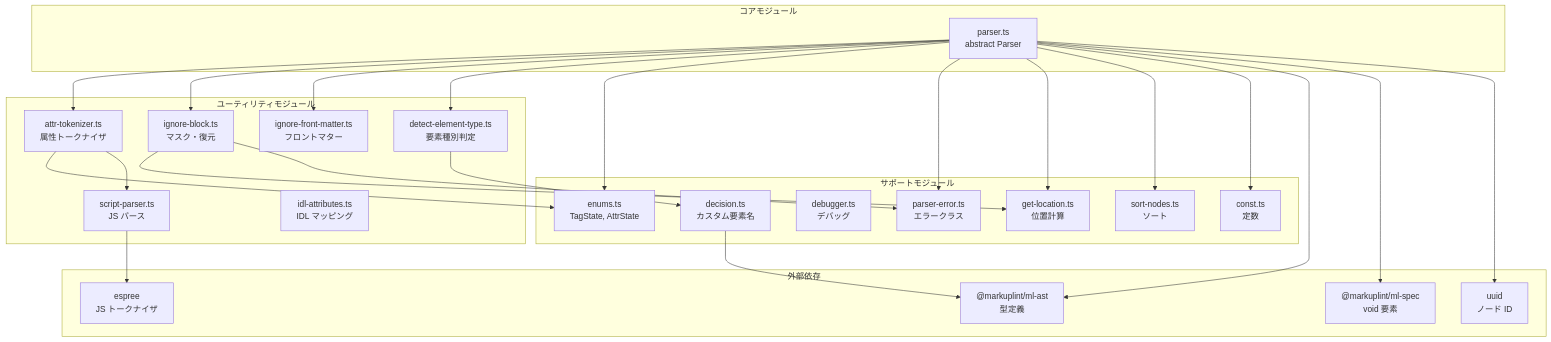
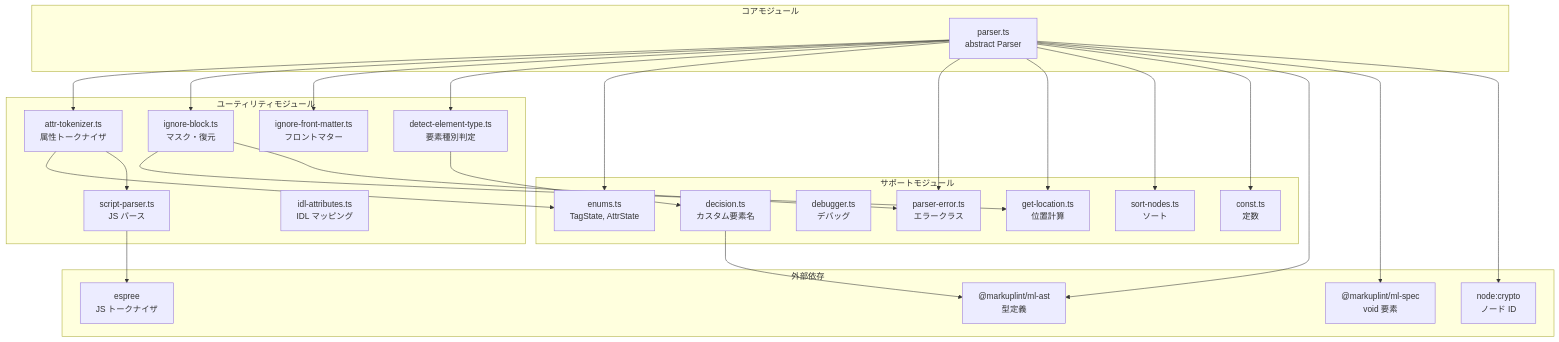
One commit to markuplint/markuplint changed the first of 3 diagrams in packages/@markuplint/parser-utils/ARCHITECTURE.ja.md. Above: the diagram before and after it, drawn with Mermaid. The commit also changed other lines of this file and 4 other files, not shown here.

First line of the commit message:
refactor(parser-utils): remove Node 18 workarounds and uuid dependency

````diff
--- a/packages/@markuplint/parser-utils/ARCHITECTURE.ja.md
+++ b/packages/@markuplint/parser-utils/ARCHITECTURE.ja.md
@@ -31,54 +31,54 @@
 ```mermaid
 flowchart TD
     subgraph core ["コアモジュール"]
         parser["parser.ts\nabstract Parser"]
     end
 
     subgraph utils ["ユーティリティモジュール"]
         attrTokenizer["attr-tokenizer.ts\n属性トークナイザ"]
         ignoreBlock["ignore-block.ts\nマスク・復元"]
         ignoreFM["ignore-front-matter.ts\nフロントマター"]
         detectType["detect-element-type.ts\n要素種別判定"]
         scriptParser["script-parser.ts\nJS パース"]
         idlAttrs["idl-attributes.ts\nIDL マッピング"]
     end
 
     subgraph support ["サポートモジュール"]
         enums["enums.ts\nTagState, AttrState"]
         errors["parser-error.ts\nエラークラス"]
         debugger["debugger.ts\nデバッグ"]
         location["get-location.ts\n位置計算"]
         sort["sort-nodes.ts\nソート"]
         consts["const.ts\n定数"]
         decision["decision.ts\nカスタム要素名"]
     end
 
     subgraph deps ["外部依存"]
         mlAst["@markuplint/ml-ast\n型定義"]
         mlSpec["@markuplint/ml-spec\nvoid 要素"]
         espree["espree\nJS トークナイザ"]
-        uuidLib["uuid\nノード ID"]
+        cryptoLib["node:crypto\nノード ID"]
     end
 
     parser --> attrTokenizer
     parser --> ignoreBlock
     parser --> ignoreFM
     parser --> detectType
     parser --> enums
     parser --> errors
     parser --> location
     parser --> sort
     parser --> consts
 
     attrTokenizer --> enums
     attrTokenizer --> scriptParser
     scriptParser --> espree
     detectType --> decision
     ignoreBlock --> location
     ignoreBlock --> errors
 
     parser --> mlAst
     parser --> mlSpec
-    parser --> uuidLib
+    parser --> cryptoLib
     decision --> mlAst
 ```
````
